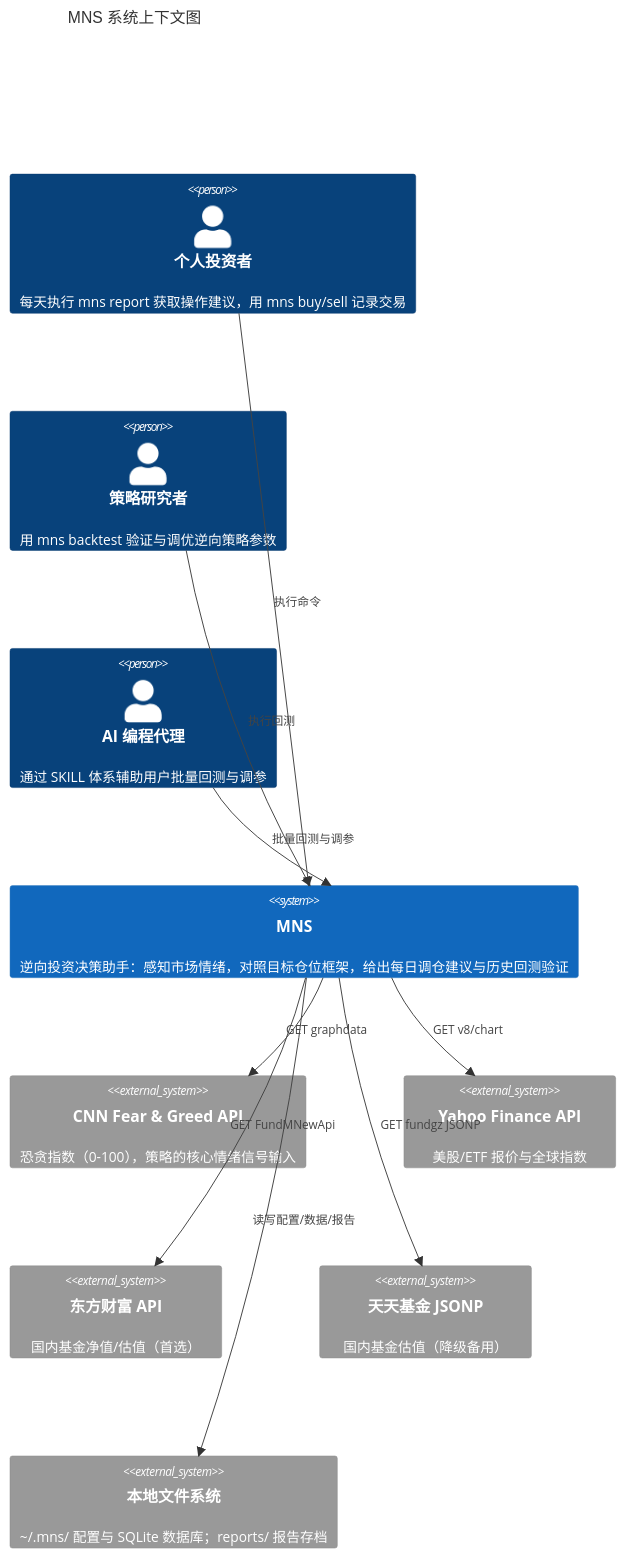
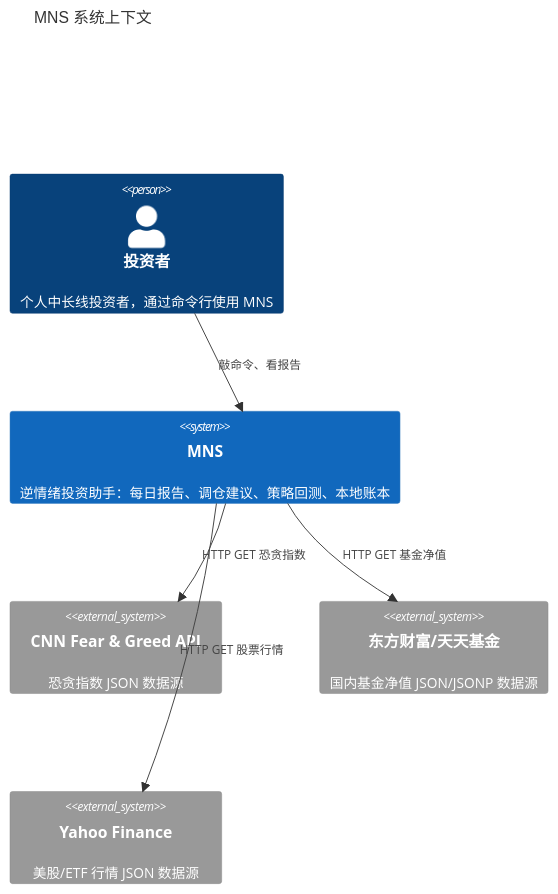
One commit to sopaco/money-never-sleep changed the diagram in .terrain/human/1.概述.md. Above: the diagram before and after it, drawn with Mermaid. The commit also changed other lines of this file and 59 other files, not shown here.

````diff
--- a/.terrain/human/1.概述.md
+++ b/.terrain/human/1.概述.md
@@ -26,25 +29,17 @@
 ```mermaid
 C4Context
-    title MNS 系统上下文图
+    title MNS 系统上下文
 
-    Person(user, "个人投资者", "每天执行 mns report 获取操作建议，用 mns buy/sell 记录交易")
-    Person(researcher, "策略研究者", "用 mns backtest 验证与调优逆向策略参数")
-    Person(ai, "AI 编程代理", "通过 SKILL 体系辅助用户批量回测与调参")
+    Person(user, "投资者", "个人中长线投资者，通过命令行使用 MNS")
 
-    System(mns, "MNS", "逆向投资决策助手：感知市场情绪，对照目标仓位框架，给出每日调仓建议与历史回测验证")
+    System(mns, "MNS", "逆情绪投资助手：每日报告、调仓建议、策略回测、本地账本")
 
-    System_Ext(cnn, "CNN Fear & Greed API", "恐贪指数（0-100），策略的核心情绪信号输入")
-    System_Ext(yahoo, "Yahoo Finance API", "美股/ETF 报价与全球指数")
-    System_Ext(eastmoney, "东方财富 API", "国内基金净值/估值（首选）")
-    System_Ext(tiantian, "天天基金 JSONP", "国内基金估值（降级备用）")
-    System_Ext(fs, "本地文件系统", "~/.mns/ 配置与 SQLite 数据库；reports/ 报告存档")
+    System_Ext(cnn, "CNN Fear & Greed API", "恐贪指数 JSON 数据源")
+    System_Ext(eastmoney, "东方财富/天天基金", "国内基金净值 JSON/JSONP 数据源")
+    System_Ext(yahoo, "Yahoo Finance", "美股/ETF 行情 JSON 数据源")
 
-    Rel(user, mns, "执行命令")
-    Rel(researcher, mns, "执行回测")
-    Rel(ai, mns, "批量回测与调参")
-    Rel(mns, cnn, "GET graphdata")
-    Rel(mns, yahoo, "GET v8/chart")
-    Rel(mns, eastmoney, "GET FundMNewApi")
-    Rel(mns, tiantian, "GET fundgz JSONP")
-    Rel(mns, fs, "读写配置/数据/报告")
+    Rel(user, mns, "敲命令、看报告")
+    Rel(mns, cnn, "HTTP GET 恐贪指数")
+    Rel(mns, eastmoney, "HTTP GET 基金净值")
+    Rel(mns, yahoo, "HTTP GET 股票行情")
 ```
````
